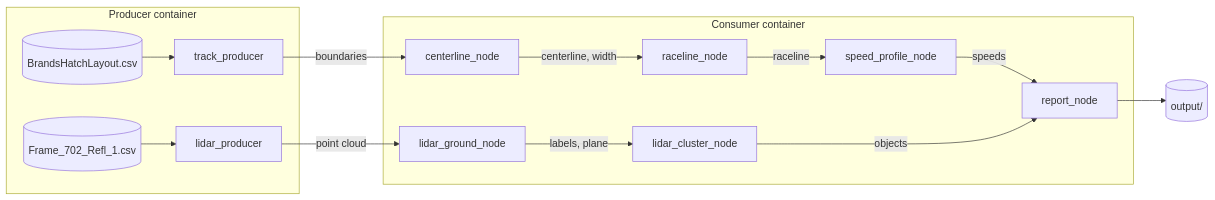
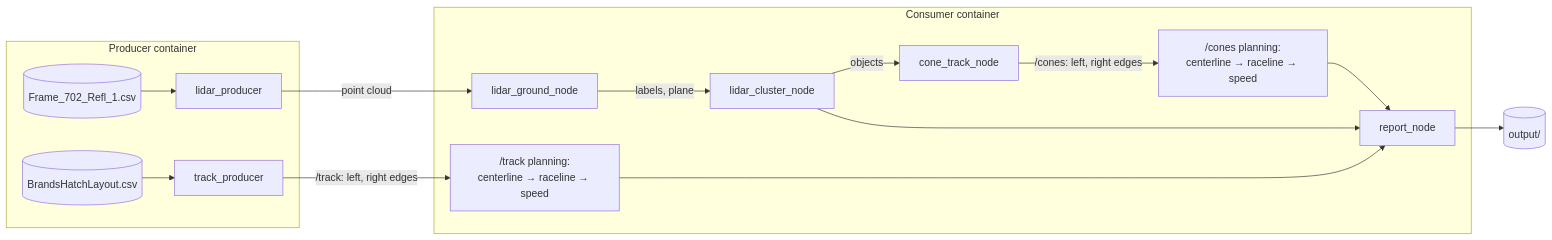
Before and after one commit to pinhas019/bgr-racing-autonomous-task: the diagram in README.md, drawn with Mermaid. The commit also changed other lines of this file, not shown here.

Commit message:
README: perception -> planning story, cone track algorithm, planner settings per namespace, cone path results

````diff
--- a/README.md
+++ b/README.md
@@ -104,17 +124,19 @@
 ```mermaid
 flowchart LR
     subgraph PRODUCER ["Producer container"]
+        LCSV[("Frame_702_Refl_1.csv")] --> LP["lidar_producer"]
         TCSV[("BrandsHatchLayout.csv")] --> TP["track_producer"]
-        LCSV[("Frame_702_Refl_1.csv")] --> LP["lidar_producer"]
     end
     subgraph CONSUMER ["Consumer container"]
-        CL["centerline_node"] -->|"centerline, width"| RL["raceline_node"]
-        RL -->|"raceline"| SP["speed_profile_node"]
-        SP -->|"speeds"| RP["report_node"]
         LG["lidar_ground_node"] -->|"labels, plane"| LC["lidar_cluster_node"]
-        LC -->|"objects"| RP
+        LC -->|"objects"| CT["cone_track_node"]
+        CT -->|"/cones: left, right edges"| CP["/cones planning:<br/>centerline → raceline → speed"]
+        TPL["/track planning:<br/>centerline → raceline → speed"]
+        CP --> RP["report_node"]
+        TPL --> RP
+        LC --> RP
     end
-    TP -->|"boundaries"| CL
     LP -->|"point cloud"| LG
+    TP -->|"/track: left, right edges"| TPL
     RP --> OUT[("output/")]
 ```
````
